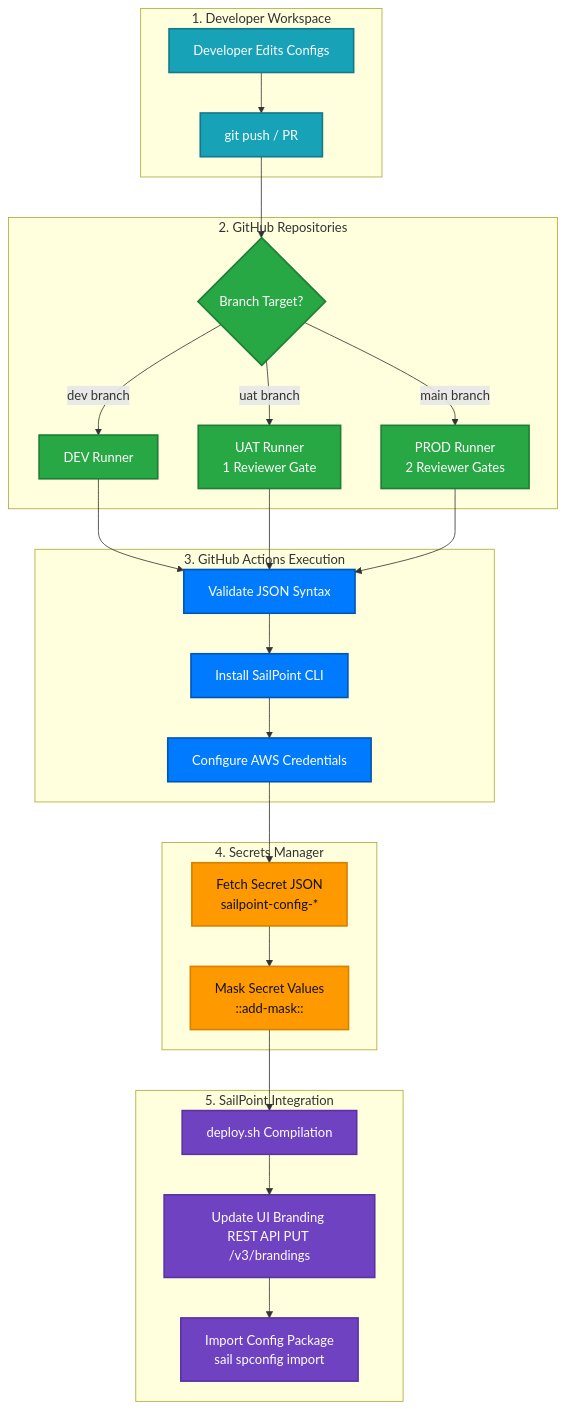
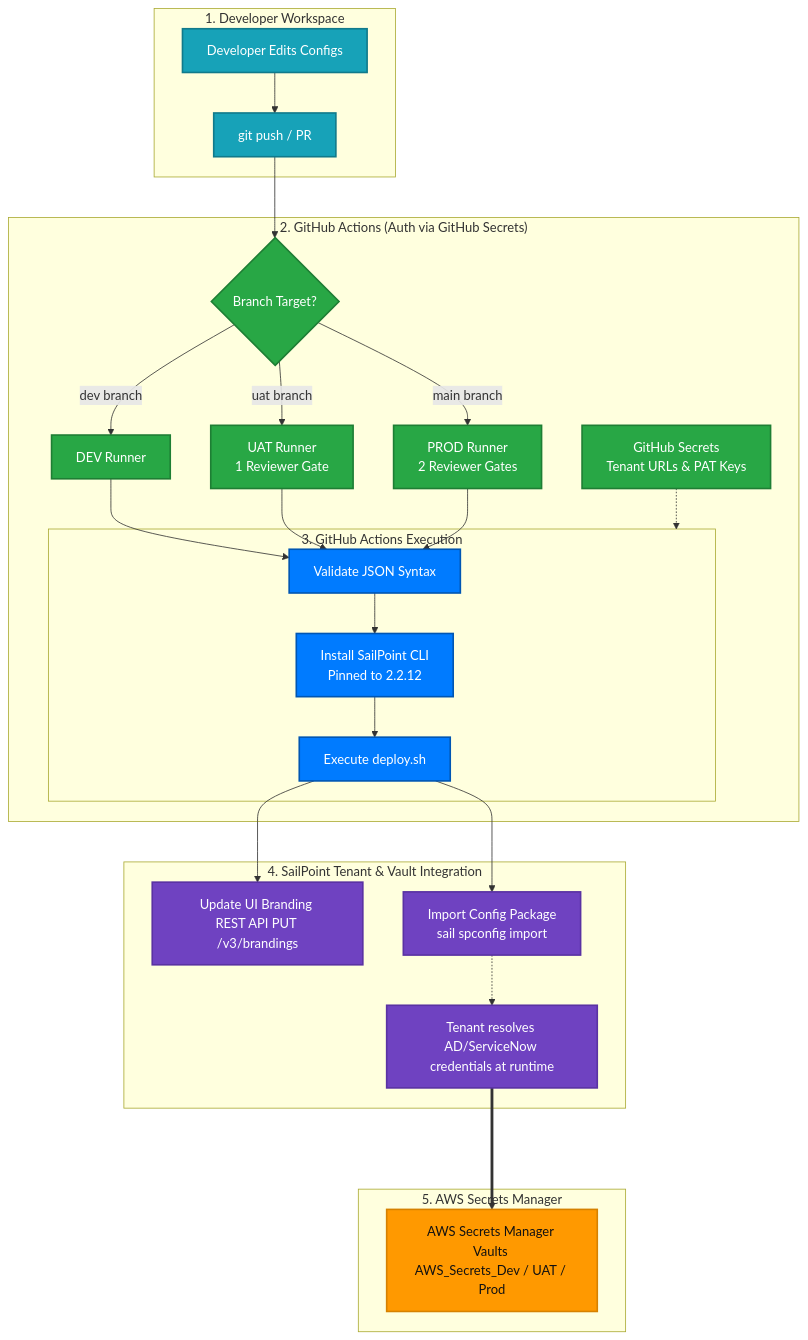
The diagram in README.md (Yash-Thales/WCQ_SailPoint_ISC_CI-CD_SailPoint_CLI_AWS), drawn with Mermaid before and after one commit. The commit also changed other lines of this file, not shown here.

Commit message:
docs: Refactor architecture flow diagram and secrets configuration guide in README.md

````diff
--- a/README.md
+++ b/README.md
@@ -48,36 +48,36 @@
 ```mermaid
 graph TD
     classDef dev fill:#17a2b8,stroke:#117a8b,stroke-width:2px,color:#fff;
     classDef git fill:#28a745,stroke:#1e7e34,stroke-width:2px,color:#fff;
     classDef pipeline fill:#007bff,stroke:#0056b3,stroke-width:2px,color:#fff;
     classDef aws fill:#ff9900,stroke:#d68100,stroke-width:2px,color:#111;
     classDef sp fill:#6f42c1,stroke:#5a32a3,stroke-width:2px,color:#fff;
 
     subgraph Workspace ["1. Developer Workspace"]
         A[Developer Edits Configs]:::dev --> B[git push / PR]:::dev
     end
 
-    subgraph GitHub ["2. GitHub Repositories"]
+    subgraph GitHub ["2. GitHub Actions (Auth via GitHub Secrets)"]
         B --> C{Branch Target?}:::git
         C -- dev branch --> D[DEV Runner]:::git
         C -- uat branch --> E[UAT Runner <br>1 Reviewer Gate]:::git
         C -- main branch --> F[PROD Runner <br>2 Reviewer Gates]:::git
+        Sec[GitHub Secrets <br>Tenant URLs & PAT Keys]:::git -.-> Runner
     end
 
     subgraph Runner ["3. GitHub Actions Execution"]
         D & E & F --> G[Validate JSON Syntax]:::pipeline
-        G --> H[Install SailPoint CLI]:::pipeline
-        H --> I[Configure AWS Credentials]:::pipeline
+        G --> H[Install SailPoint CLI <br>Pinned to 2.2.12]:::pipeline
+        H --> I[Execute deploy.sh]:::pipeline
     end
 
-    subgraph SecretVault ["4. Secrets Manager"]
-        I --> J[Fetch Secret JSON <br>sailpoint-config-*]:::aws
-        J --> K[Mask Secret Values <br>::add-mask::]:::aws
+    subgraph Deploy ["4. SailPoint Tenant & Vault Integration"]
+        I --> J[Update UI Branding <br>REST API PUT /v3/brandings]:::sp
+        I --> K[Import Config Package <br>sail spconfig import]:::sp
+        K -.-> L[Tenant resolves AD/ServiceNow <br>credentials at runtime]:::sp
     end
 
-    subgraph Deploy ["5. SailPoint Integration"]
-        K --> L[deploy.sh Compilation]:::sp
-        L --> M[Update UI Branding <br>REST API PUT /v3/brandings]:::sp
-        M --> N[Import Config Package <br>sail spconfig import]:::sp
+    subgraph SecretVault ["5. AWS Secrets Manager"]
+        L ===> M[AWS Secrets Manager Vaults <br>AWS_Secrets_Dev / UAT / Prod]:::aws
     end
 ```
````
